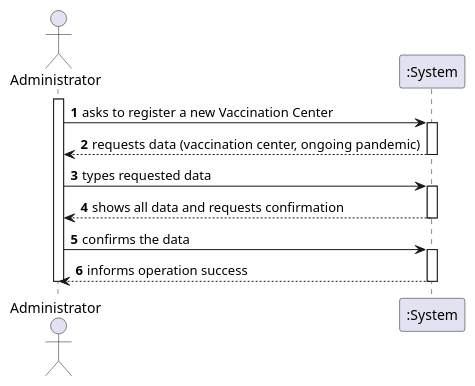
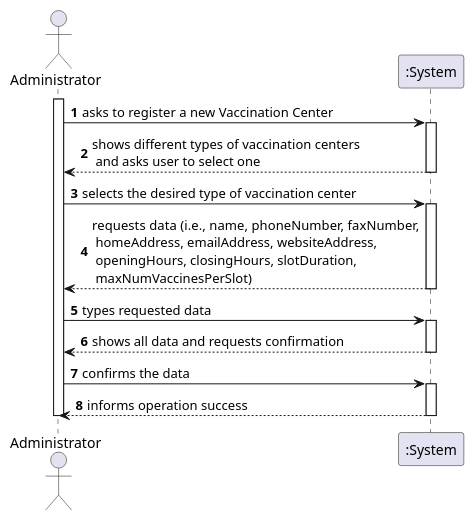
Before and after one commit to diogonapoles/isep-lapr2: the diagram in docs/SprintB/UserStories/US9/US009_SSD.puml, drawn with PlantUML. The commit also changed 1 other file, not shown here.

```diff
--- a/docs/SprintB/UserStories/US9/US009_SSD.puml
+++ b/docs/SprintB/UserStories/US9/US009_SSD.puml
@@ -1,23 +1,28 @@
 @startuml
 autonumber
 actor "Administrator" as ADM
 
 activate ADM
 ADM -> ":System" : asks to register a new Vaccination Center
 activate ":System"
-":System" --> ADM : requests data (vaccination center, ongoing pandemic)
+":System" --> ADM : shows different types of vaccination centers \n and asks user to select one
+deactivate ":System"
+
+ADM -> ":System" : selects the desired type of vaccination center
+activate ":System"
+":System" --> ADM : requests data (i.e., name, phoneNumber, faxNumber,\n homeAddress, emailAddress, websiteAddress,\n openingHours, closingHours, slotDuration,\n maxNumVaccinesPerSlot)
 deactivate ":System"
 
 ADM -> ":System" : types requested data
 activate ":System"
 ":System" --> ADM : shows all data and requests confirmation
 deactivate ":System"
 
 ADM -> ":System" : confirms the data
 activate ":System"
 ":System" --> ADM : informs operation success
 deactivate ":System"
 
 deactivate ADM
 
 @enduml
```
